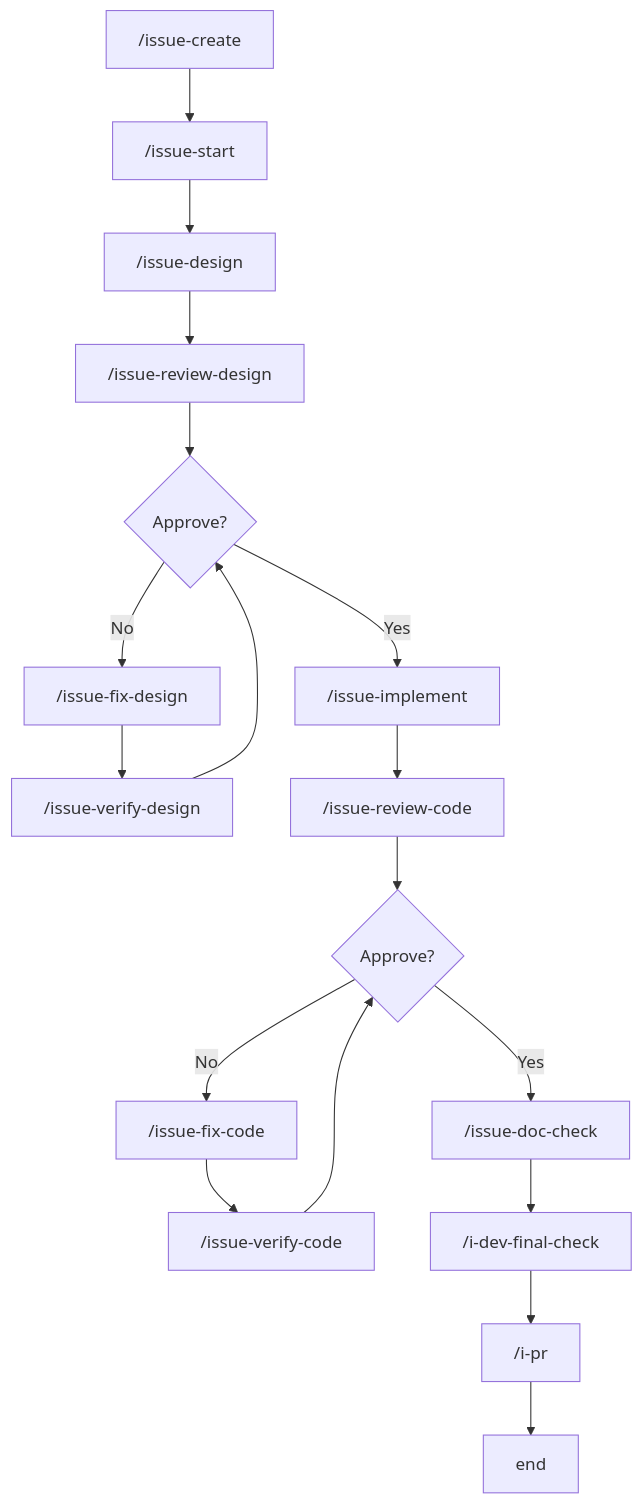
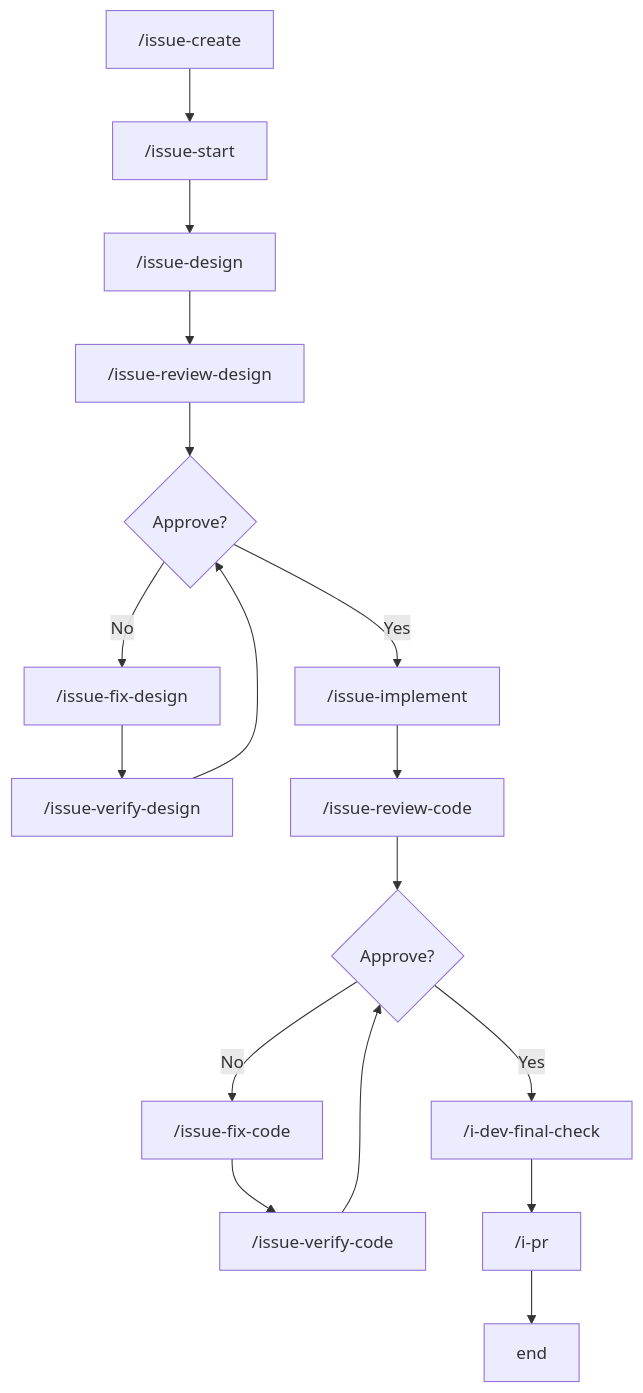
One commit to apokamo/kaji changed the first of 2 diagrams in docs/dev/workflow_feature_development.md. Above: the diagram before and after it, drawn with Mermaid. The commit also changed other lines of this file and 2 other files, not shown here.

First line of the commit message:
docs: remove issue-doc-check references from all docs for #138

````diff
--- a/docs/dev/workflow_feature_development.md
+++ b/docs/dev/workflow_feature_development.md
@@ -7,23 +7,22 @@
 ```mermaid
 flowchart TB
     A["/issue-create"] --> B["/issue-start"]
     B --> C["/issue-design"]
 
     C --> C1["/issue-review-design"]
     C1 --> C2{Approve?}
     C2 -->|No| C3["/issue-fix-design"]
     C3 --> C4["/issue-verify-design"]
     C4 --> C2
     C2 -->|Yes| D
 
     D["/issue-implement"]
     D --> D1["/issue-review-code"]
     D1 --> D2{Approve?}
     D2 -->|No| D3["/issue-fix-code"]
     D3 --> D4["/issue-verify-code"]
     D4 --> D2
-    D2 -->|Yes| DC
+    D2 -->|Yes| FC
 
-    DC["/issue-doc-check"] --> FC["/i-dev-final-check"]
-    FC --> E["/i-pr"] --> F["end"]
+    FC["/i-dev-final-check"] --> E["/i-pr"] --> F["end"]
 ```
````
